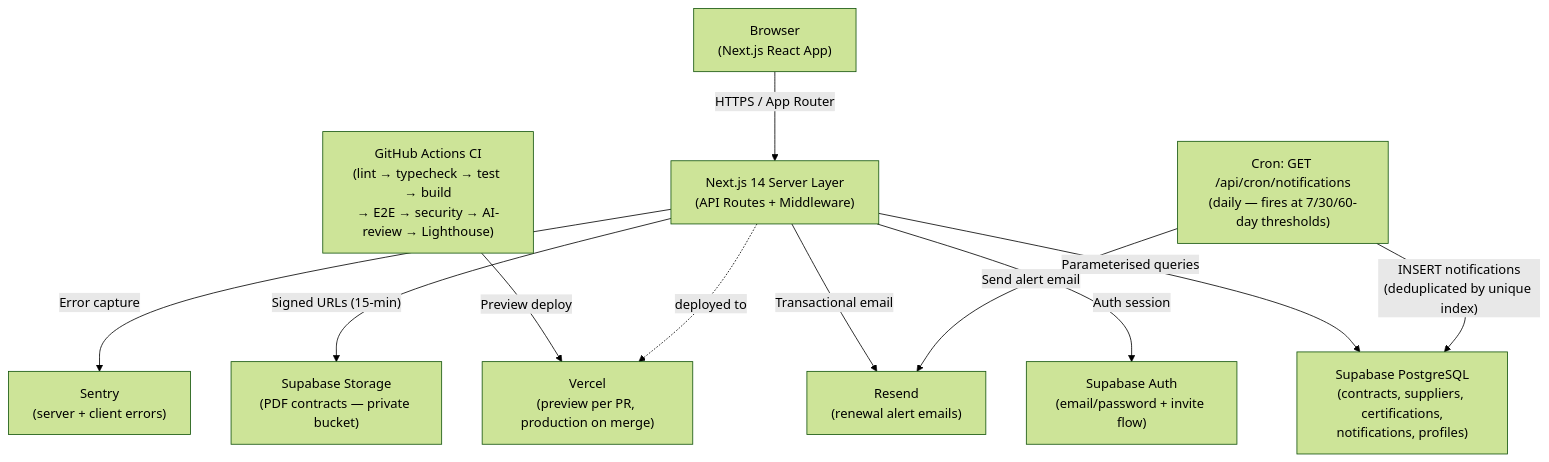
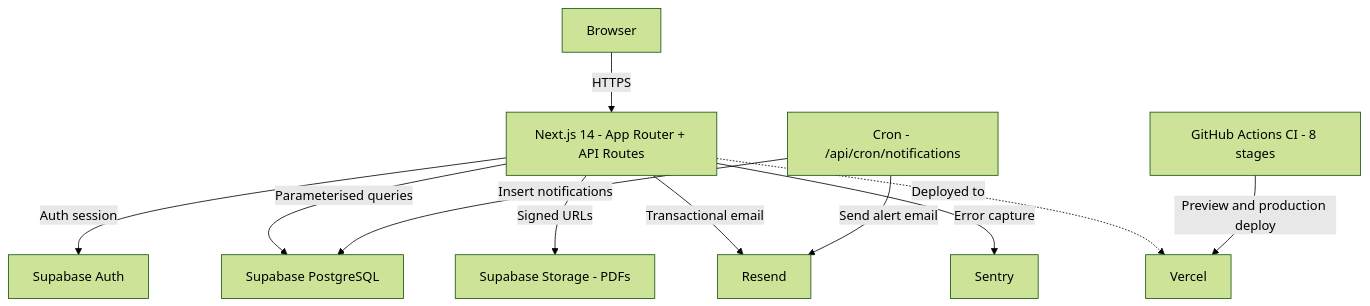
One commit to CS-7180/Contracker changed the diagram in README.md. Above: the diagram before and after it, drawn with Mermaid (forest theme).

Commit message:
docs: simplify Mermaid diagram labels for GitHub rendering
Remove \n line breaks and special characters from node labels
to ensure correct Mermaid parse on GitHub.com.

````diff
--- a/README.md
+++ b/README.md
@@ -15,20 +15,20 @@
 ```mermaid
 graph TD
-    Browser["Browser\n(Next.js React App)"]
+    Browser[Browser]
 
-    Browser -->|"HTTPS / App Router"| NextJS["Next.js 14 Server Layer\n(API Routes + Middleware)"]
+    Browser -->|HTTPS| NextJS[Next.js 14 - App Router + API Routes]
 
-    NextJS -->|"Auth session"| SupabaseAuth["Supabase Auth\n(email/password + invite flow)"]
-    NextJS -->|"Parameterised queries"| SupabaseDB["Supabase PostgreSQL\n(contracts, suppliers, certifications,\nnotifications, profiles)"]
-    NextJS -->|"Signed URLs (15-min)"| SupabaseStorage["Supabase Storage\n(PDF contracts — private bucket)"]
-    NextJS -->|"Transactional email"| Resend["Resend\n(renewal alert emails)"]
-    NextJS -->|"Error capture"| Sentry["Sentry\n(server + client errors)"]
+    NextJS -->|Auth session| SupabaseAuth[Supabase Auth]
+    NextJS -->|Parameterised queries| SupabaseDB[Supabase PostgreSQL]
+    NextJS -->|Signed URLs| SupabaseStorage[Supabase Storage - PDFs]
+    NextJS -->|Transactional email| Resend[Resend]
+    NextJS -->|Error capture| Sentry[Sentry]
+    NextJS -.->|Deployed to| Vercel[Vercel]
 
-    Cron["Cron: GET /api/cron/notifications\n(daily — fires at 7/30/60-day thresholds)"]
-    Cron -->|"INSERT notifications\n(deduplicated by unique index)"| SupabaseDB
-    Cron -->|"Send alert email"| Resend
+    Cron[Cron - /api/cron/notifications]
+    Cron -->|Insert notifications| SupabaseDB
+    Cron -->|Send alert email| Resend
 
-    CI["GitHub Actions CI\n(lint → typecheck → test → build\n→ E2E → security → AI-review → Lighthouse)"]
-    CI -->|"Preview deploy"| Vercel["Vercel\n(preview per PR, production on merge)"]
-    NextJS -.->|"deployed to"| Vercel
+    CI[GitHub Actions CI - 8 stages]
+    CI -->|Preview and production deploy| Vercel
 ```
````
